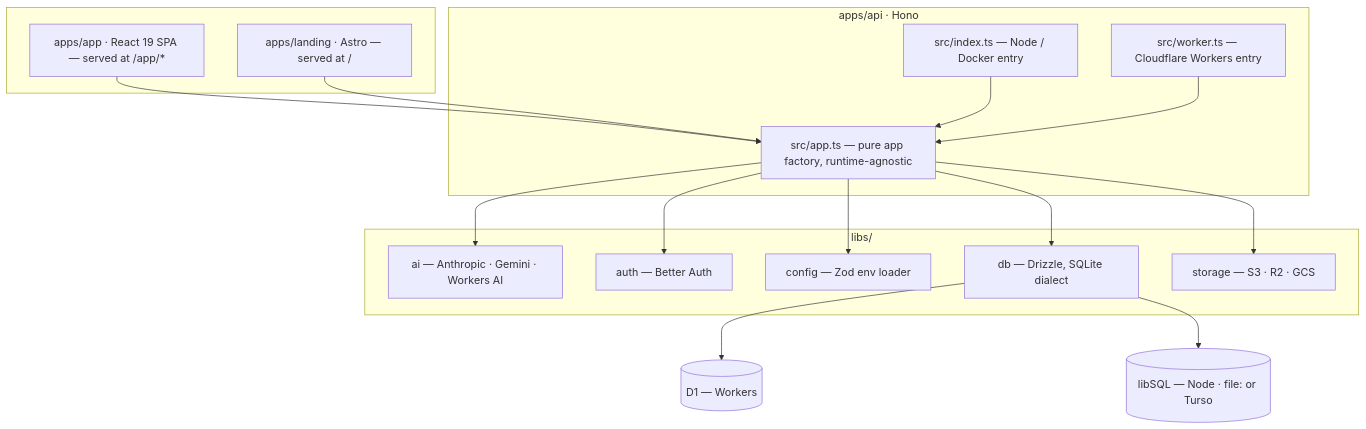
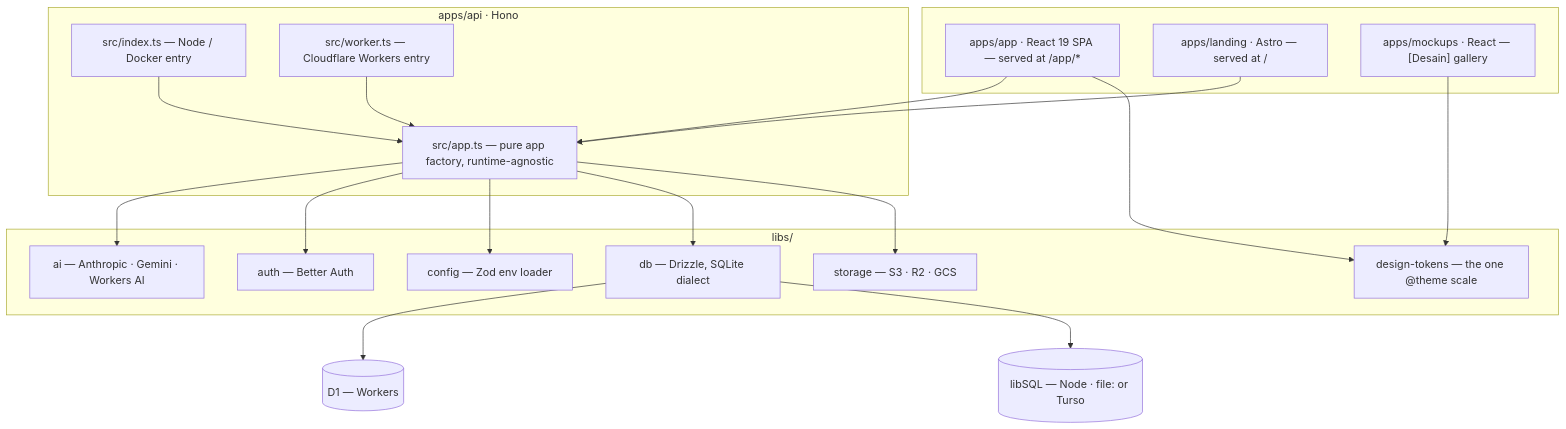
The second of 3 diagrams in README.md (zakinadhif/buildersnetwork), drawn with Mermaid before and after one commit. The commit also changed other lines of this file and 32 other files, not shown here.

````diff
--- a/README.md
+++ b/README.md
@@ -58,30 +58,33 @@
 ```mermaid
 flowchart TD
   subgraph clients [" "]
     APP["apps/app · React 19 SPA — served at /app/*"]
     LANDING["apps/landing · Astro — served at /"]
+    MOCKUPS["apps/mockups · React — [Desain] gallery"]
   end
 
   APP --> HONO
   LANDING --> HONO
 
   subgraph api ["apps/api · Hono"]
     HONO["src/app.ts — pure app factory, runtime-agnostic"]
     NODE["src/index.ts — Node / Docker entry"]
     WORKER["src/worker.ts — Cloudflare Workers entry"]
     NODE --> HONO
     WORKER --> HONO
   end
 
   subgraph libs ["libs/"]
     AI["ai — Anthropic · Gemini · Workers AI"]
     AUTH["auth — Better Auth"]
     CONFIG["config — Zod env loader"]
     DB["db — Drizzle, SQLite dialect"]
     STORAGE["storage — S3 · R2 · GCS"]
+    TOKENS["design-tokens — the one @theme scale"]
   end
 
   HONO --> AI & AUTH & CONFIG & DB & STORAGE
+  APP & MOCKUPS --> TOKENS
   DB --> D1[("D1 — Workers")]
   DB --> LIBSQL[("libSQL — Node · file: or Turso")]
 ```
````
